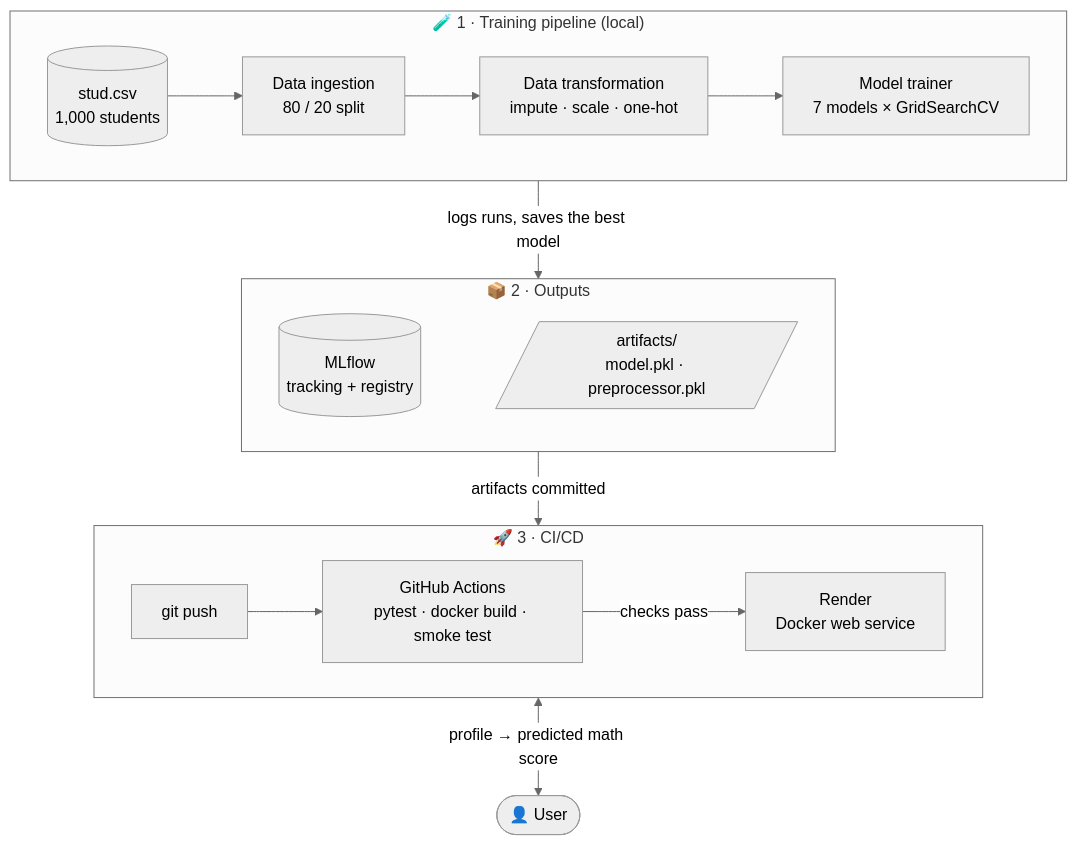
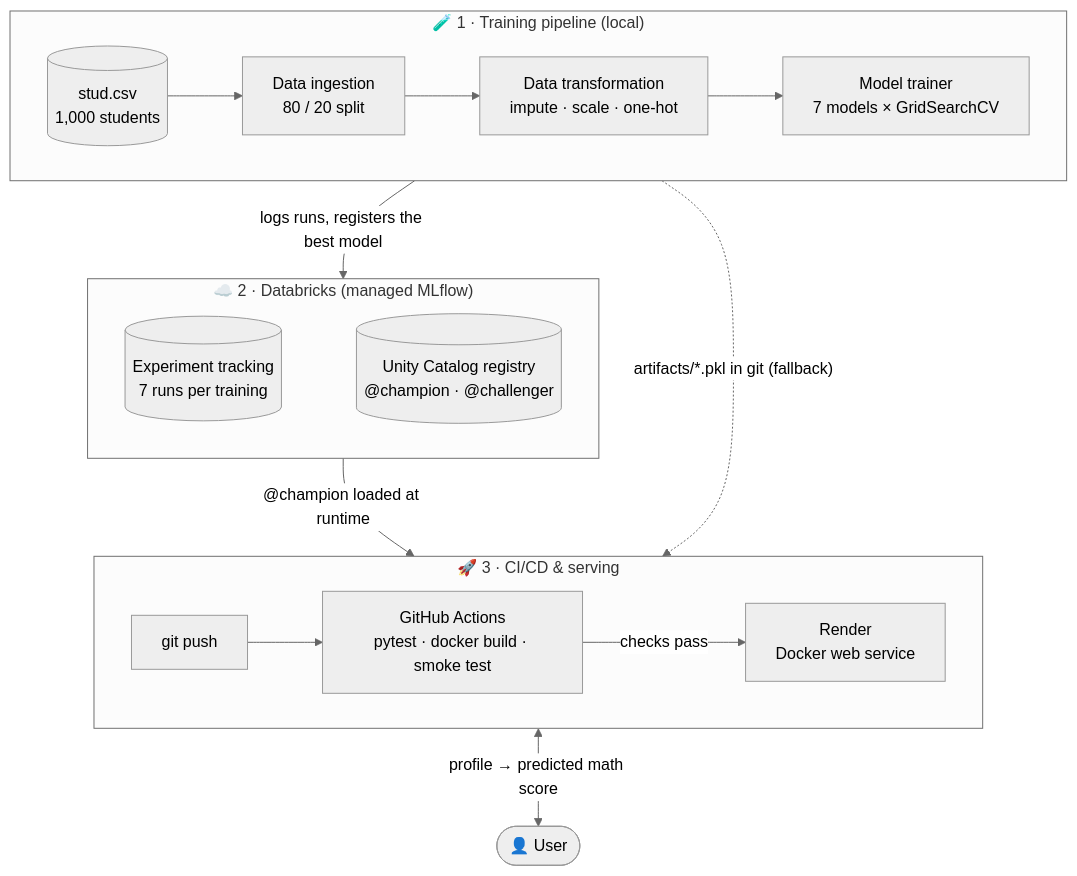
The first of 3 diagrams in README.md (mbarek2002/mlproject), drawn with Mermaid (neutral theme) before and after one commit. The commit also changed other lines of this file, not shown here.

Commit message:
document Databricks registry, configuration and hot reload in README

````diff
--- a/README.md
+++ b/README.md
@@ -83,26 +89,27 @@
 ```mermaid
 flowchart TB
     subgraph TRAIN["🧪 1 · Training pipeline (local)"]
         direction LR
         A[("stud.csv<br/>1,000 students")] --> B["Data ingestion<br/>80 / 20 split"]
         B --> C["Data transformation<br/>impute · scale · one-hot"]
         C --> D["Model trainer<br/>7 models × GridSearchCV"]
     end
 
-    subgraph OUT["📦 2 · Outputs"]
+    subgraph DBX["☁️ 2 · Databricks (managed MLflow)"]
         direction LR
-        M[("MLflow<br/>tracking + registry")]
-        P[/"artifacts/<br/>model.pkl · preprocessor.pkl"/]
-        M ~~~ P
+        M[("Experiment tracking<br/>7 runs per training")]
+        UC[("Unity Catalog registry<br/>@champion · @challenger")]
+        M ~~~ UC
     end
 
-    subgraph CICD["🚀 3 · CI/CD"]
+    subgraph CICD["🚀 3 · CI/CD & serving"]
         direction LR
         G["git push"] --> CI["GitHub Actions<br/>pytest · docker build · smoke test"]
         CI -- "checks pass" --> R["Render<br/>Docker web service"]
     end
 
-    TRAIN -- "logs runs, saves the best model" --> OUT
-    OUT -- "artifacts committed" --> CICD
+    TRAIN -- "logs runs, registers the best model" --> DBX
+    DBX -- "@champion loaded at runtime" --> CICD
+    TRAIN -. "artifacts/*.pkl in git (fallback)" .-> CICD
     CICD <-- "profile → predicted math score" --> U(["👤 User"])
 ```
````
